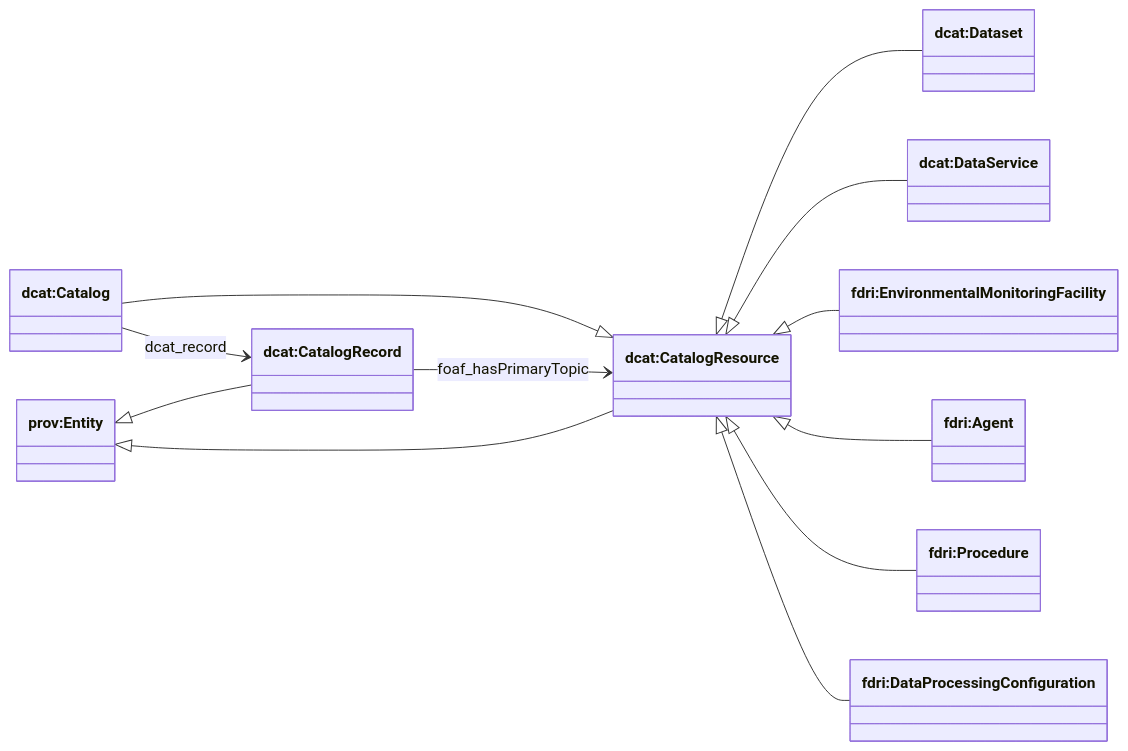
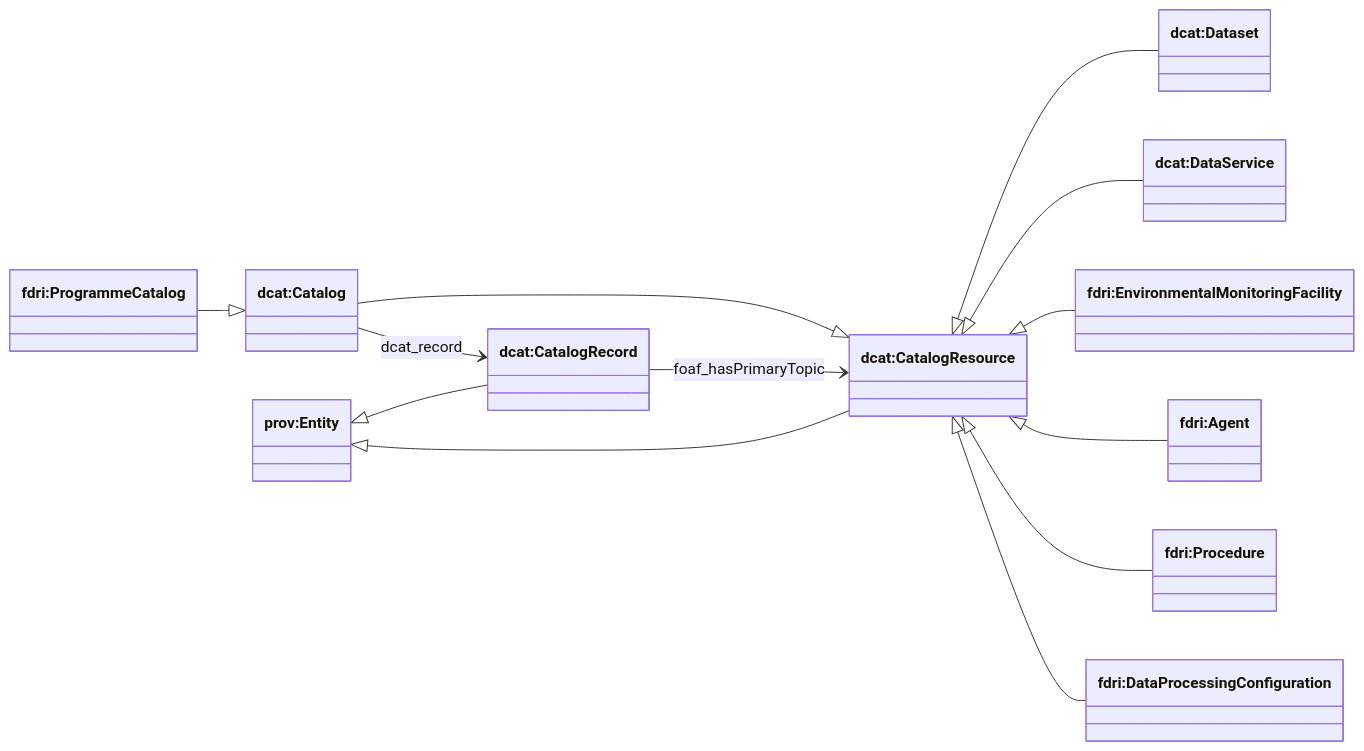
One commit to NERC-CEH/fdri-ontology changed the first of 3 diagrams in ontology/doc/high-level-catalog-structure.md. Above: the diagram before and after it, drawn with Mermaid. The commit also changed other lines of this file and 5 other files, not shown here.

````diff
--- a/ontology/doc/high-level-catalog-structure.md
+++ b/ontology/doc/high-level-catalog-structure.md
@@ -14,26 +14,28 @@
 ```mermaid
 classDiagram
 direction LR
+  class ProgrammeCatalog["fdri:ProgrammeCatalog"]
   class Catalog["dcat:Catalog"]
   class CatalogRecord["dcat:CatalogRecord"]
   class CatalogResource["dcat:CatalogResource"]
   class Entity["prov:Entity"]
   class Facility["fdri:EnvironmentalMonitoringFacility"]
   class DataService["dcat:DataService"]
   class Dataset["dcat:Dataset"]
   class Agent["fdri:Agent"]
   class DataProcessingConfiguration["fdri:DataProcessingConfiguration"]
   class Procedure["fdri:Procedure"]
 
+  ProgrammeCatalog--|> Catalog
   Catalog --|> CatalogResource
   Entity <|-- CatalogRecord
   Entity <|-- CatalogResource
   Catalog --> CatalogRecord : dcat_record
   CatalogRecord --> CatalogResource: foaf_hasPrimaryTopic
   CatalogResource <|-- Dataset
   CatalogResource <|-- DataService
   CatalogResource <|-- Facility
   CatalogResource <|-- Agent
   CatalogResource <|-- Procedure
   CatalogResource <|-- DataProcessingConfiguration
 ```
````
